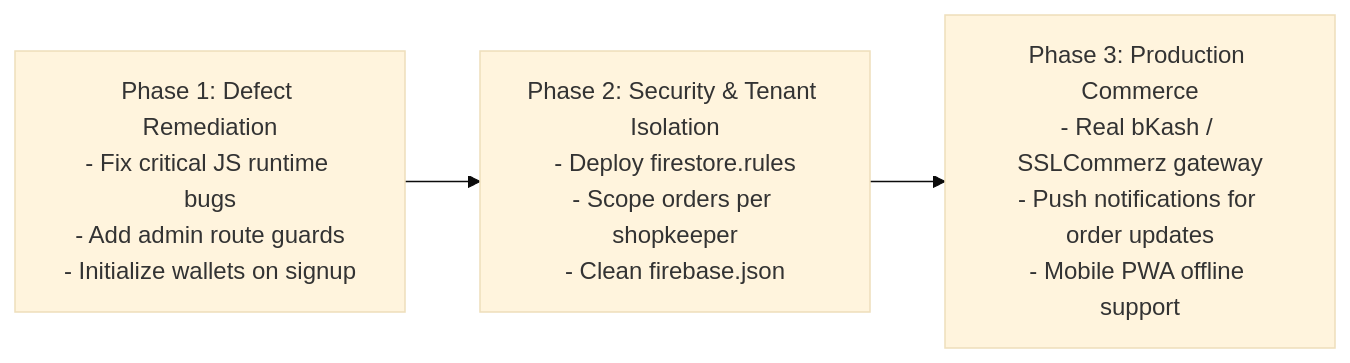
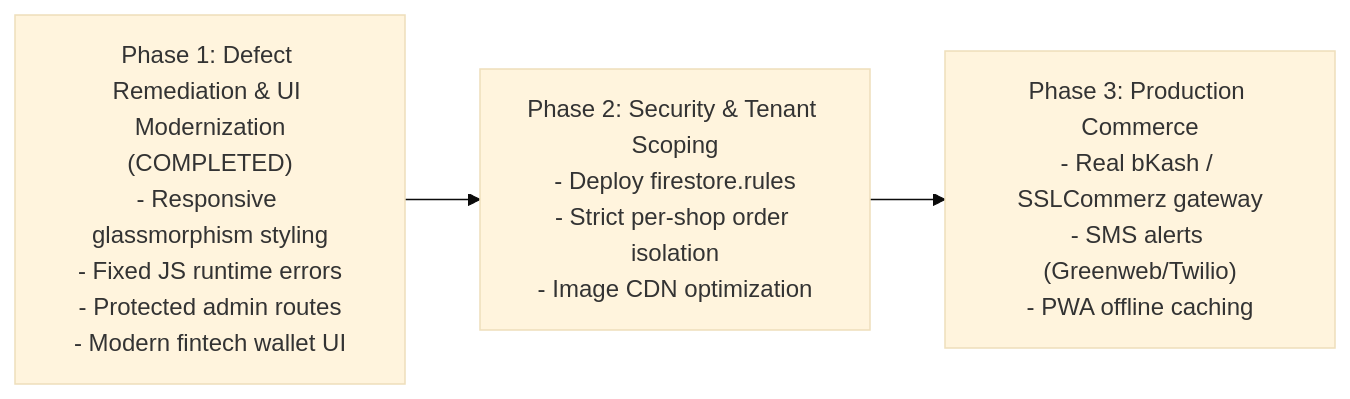
Before and after one commit to maahfuzdev/freshfold-laundry: the diagram in docs/BUGS_AND_ROADMAP.md, drawn with Mermaid (base theme). The commit also changed other lines of this file and 20 other files, not shown here.

Commit message:
feat(ui): modernize design, responsive layout, and fix core bugs across all pages

````diff
--- a/docs/BUGS_AND_ROADMAP.md
+++ b/docs/BUGS_AND_ROADMAP.md
@@ -119,8 +67,8 @@
 ```mermaid
 flowchart LR
-    Phase1["Phase 1: Defect Remediation<br/>- Fix critical JS runtime bugs<br/>- Add admin route guards<br/>- Initialize wallets on signup"]
-    Phase2["Phase 2: Security & Tenant Isolation<br/>- Deploy firestore.rules<br/>- Scope orders per shopkeeper<br/>- Clean firebase.json"]
-    Phase3["Phase 3: Production Commerce<br/>- Real bKash / SSLCommerz gateway<br/>- Push notifications for order updates<br/>- Mobile PWA offline support"]
+    Phase1["Phase 1: Defect Remediation & UI Modernization<br/>(COMPLETED)<br/>- Responsive glassmorphism styling<br/>- Fixed JS runtime errors<br/>- Protected admin routes<br/>- Modern fintech wallet UI"]
+    Phase2["Phase 2: Security & Tenant Scoping<br/>- Deploy firestore.rules<br/>- Strict per-shop order isolation<br/>- Image CDN optimization"]
+    Phase3["Phase 3: Production Commerce<br/>- Real bKash / SSLCommerz gateway<br/>- SMS alerts (Greenweb/Twilio)<br/>- PWA offline caching"]
 
     Phase1 --> Phase2 --> Phase3
 ```
````
